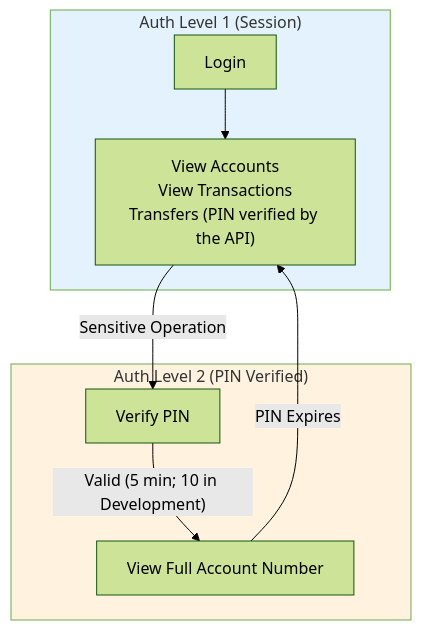
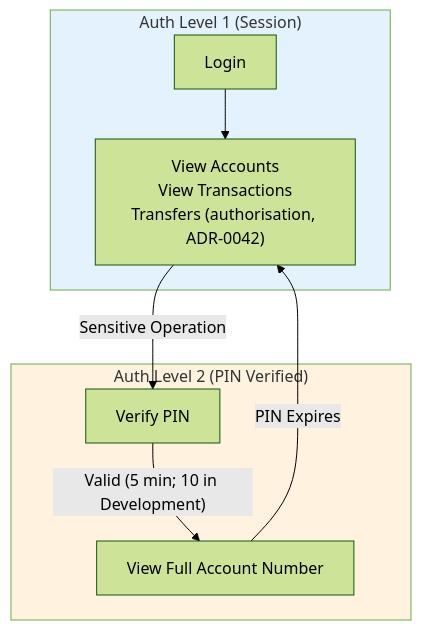
The third of 3 diagrams in backend/src/AzureBank.Bff/README.md (Gurgant/azurebank-v2), drawn with Mermaid (forest theme) before and after one commit. The commit also changed other lines of this file and 14 other files, not shown here.

````diff
--- a/backend/src/AzureBank.Bff/README.md
+++ b/backend/src/AzureBank.Bff/README.md
@@ -95,20 +95,20 @@
 ```mermaid
 flowchart TB
     subgraph AuthLevel1["Auth Level 1 (Session)"]
         Login["Login"]
-        BasicOps["View Accounts<br/>View Transactions<br/>Transfers (PIN verified by the API)"]
+        BasicOps["View Accounts<br/>View Transactions<br/>Transfers (authorisation, ADR-0042)"]
     end
 
     subgraph AuthLevel2["Auth Level 2 (PIN Verified)"]
         PIN["Verify PIN"]
         SensitiveOps["View Full Account Number"]
     end
 
     Login --> BasicOps
     BasicOps -->|"Sensitive Operation"| PIN
     PIN -->|"Valid (5 min; 10 in Development)"| SensitiveOps
     SensitiveOps -->|"PIN Expires"| BasicOps
 
     style AuthLevel1 fill:#e3f2fd
     style AuthLevel2 fill:#fff3e0
 ```
````
